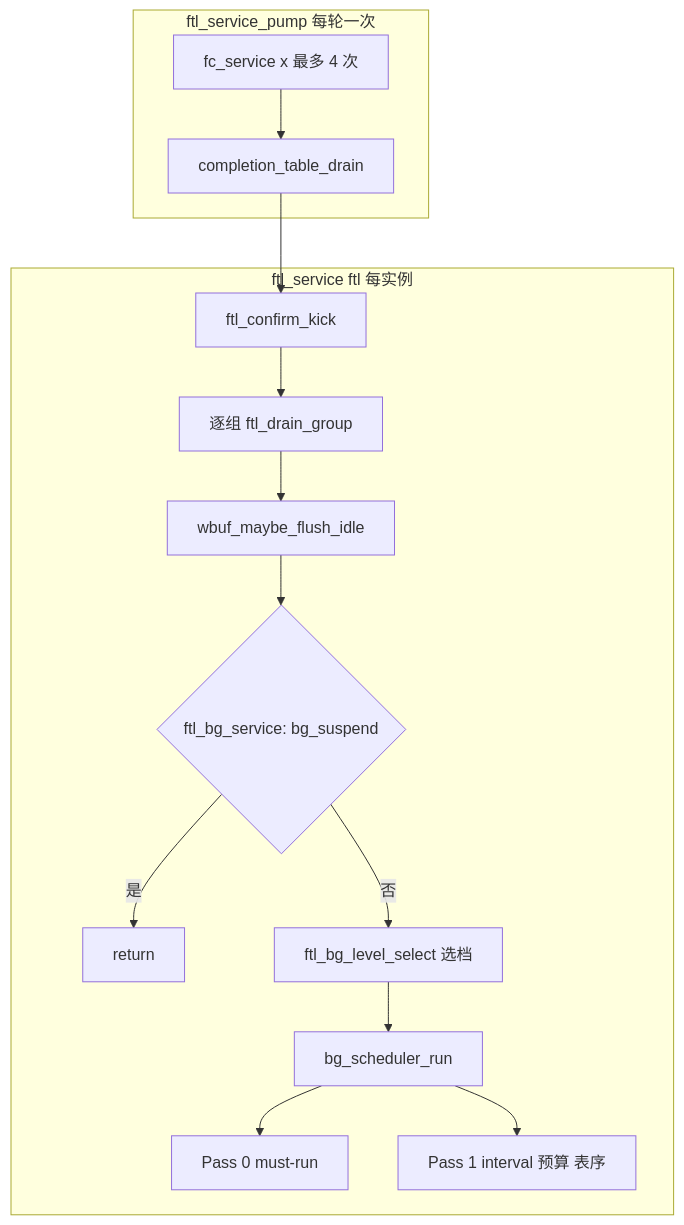
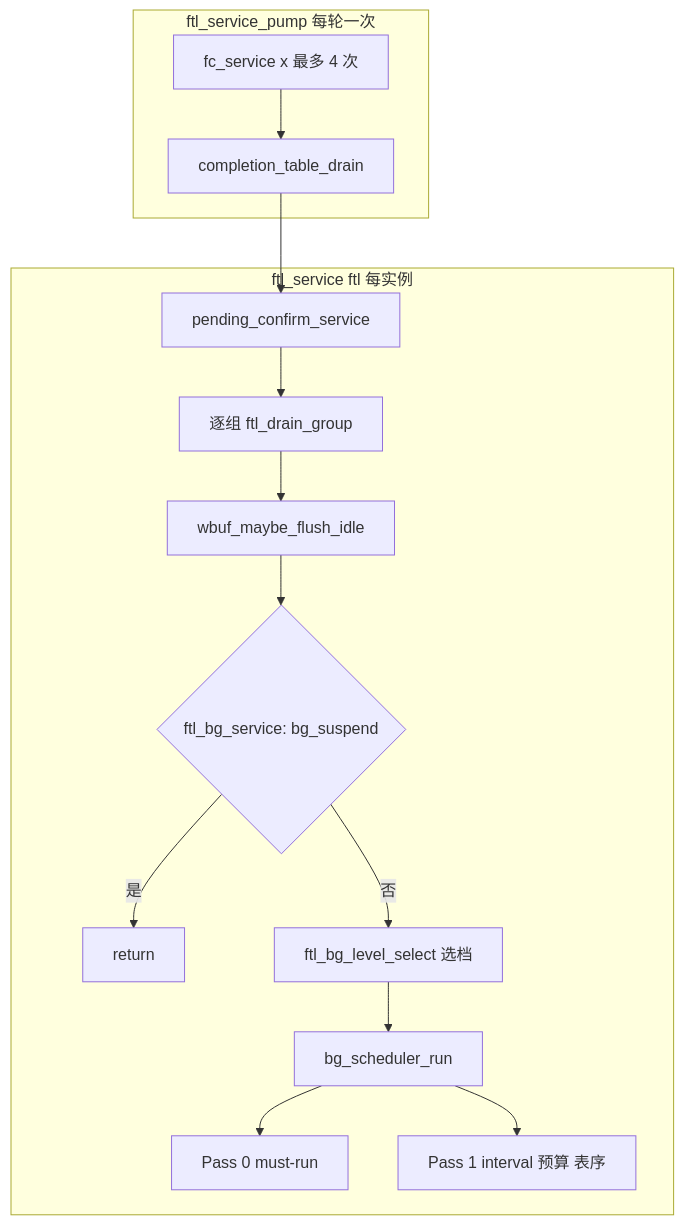
Before and after one commit to YzYMIAO/BASESSD: diagram 20 of 32 in docs/design/ftl_design.md, drawn with Mermaid. The commit also changed other lines of this file and 46 other files, not shown here.

````diff
--- a/docs/design/ftl_design.md
+++ b/docs/design/ftl_design.md
@@ -2966,17 +2963,17 @@
 ```mermaid
 flowchart TB
     subgraph "ftl_service_pump 每轮一次"
         P1["fc_service x 最多 4 次"] --> P2["completion_table_drain"]
     end
     subgraph "ftl_service ftl 每实例"
-        S1["ftl_confirm_kick"] --> S2["逐组 ftl_drain_group"]
+        S1["pending_confirm_service"] --> S2["逐组 ftl_drain_group"]
         S2 --> S3["wbuf_maybe_flush_idle"]
         S3 --> S4{"ftl_bg_service: bg_suspend"}
         S4 -- "是" --> S5["return"]
         S4 -- "否" --> S6["ftl_bg_level_select 选档"]
         S6 --> S7["bg_scheduler_run"]
         S7 --> S8["Pass 0 must-run"]
         S7 --> S9["Pass 1 interval 预算 表序"]
     end
     P2 --> S1
 ```
````
